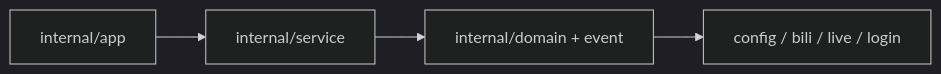
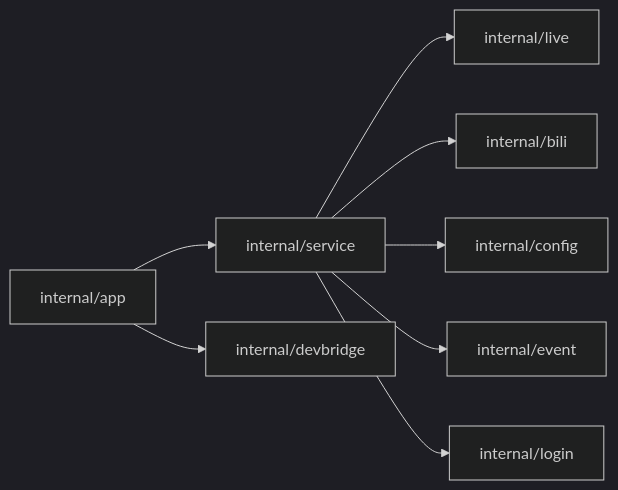
The second of 2 diagrams in docs/architecture/overview.md (aDarkMaker/BiliLuckyDraw), drawn with Mermaid (dark theme) before and after one commit. The commit also changed other lines of this file and 30 other files, not shown here.

````diff
--- a/docs/architecture/overview.md
+++ b/docs/architecture/overview.md
@@ -7,9 +35,10 @@
 ```mermaid
 flowchart LR
-    App["internal/app"]
-    Svc["internal/service"]
-    Dom["internal/domain + event"]
-    Base["config / bili / live / login"]
-
-    App --> Svc --> Dom --> Base
+    App["internal/app"] --> Svc["internal/service"]
+    Svc --> Live["internal/live"]
+    Svc --> Bili["internal/bili"]
+    Svc --> Cfg["internal/config"]
+    Svc --> Evt["internal/event"]
+    Svc --> Login["internal/login"]
+    App --> Bridge["internal/devbridge"]
 ```
````
